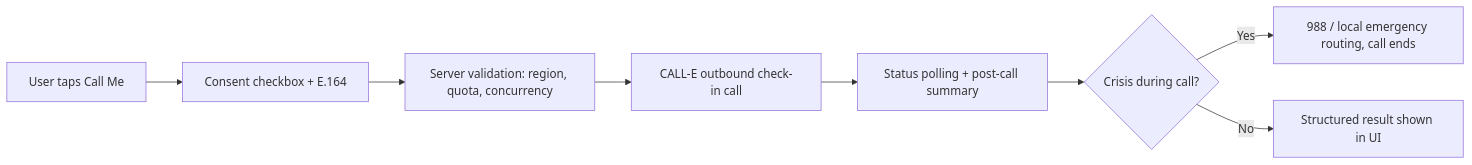
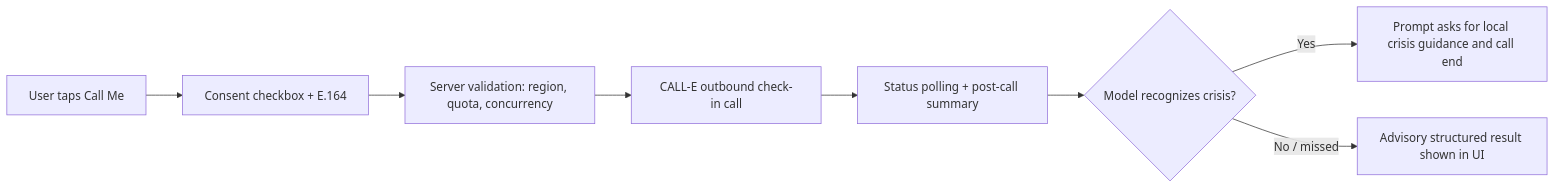
The diagram in apps/typescript/mindquark/README.md (CALLE-AI/awesome-phone-call-agents), drawn with Mermaid before and after one commit. The commit also changed other lines of this file, not shown here.

````diff
--- a/apps/typescript/mindquark/README.md
+++ b/apps/typescript/mindquark/README.md
@@ -40,10 +41,10 @@
 ```mermaid
 flowchart LR
   A[User taps Call Me] --> B[Consent checkbox + E.164]
   B --> C[Server validation: region, quota, concurrency]
   C --> D[CALL-E outbound check-in call]
   D --> E[Status polling + post-call summary]
-  E --> F{Crisis during call?}
-  F -->|Yes| G[988 / local emergency routing, call ends]
-  F -->|No| H[Structured result shown in UI]
+  E --> F{Model recognizes crisis?}
+  F -->|Yes| G[Prompt asks for local crisis guidance and call end]
+  F -->|No / missed| H[Advisory structured result shown in UI]
 ```
````
